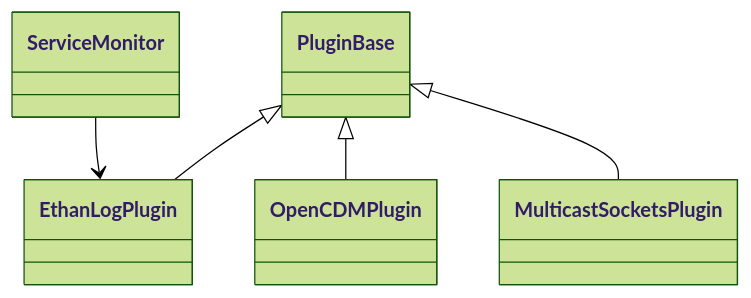
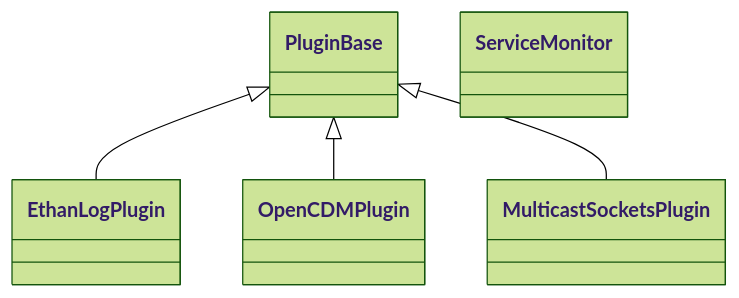
Before and after one commit to rdkcentral/Dobby: the second of 4 diagrams in plugins/README.md, drawn with Mermaid (forest theme).

Commit message:
Potential fix for pull request finding 'Remove nonexistent ServiceMonitor to EthanLogPlugin dependency'

````diff
--- a/plugins/README.md
+++ b/plugins/README.md
@@ -61,12 +61,12 @@
 ```mermaid
 classDiagram
     class PluginBase
     class ServiceMonitor
     class EthanLogPlugin
     class OpenCDMPlugin
     class MulticastSocketsPlugin
     PluginBase <|-- EthanLogPlugin
     PluginBase <|-- OpenCDMPlugin
     PluginBase <|-- MulticastSocketsPlugin
-    ServiceMonitor --> EthanLogPlugin
+    %% ServiceMonitor is a standalone helper; no direct relationship is defined here.
 ```
````
